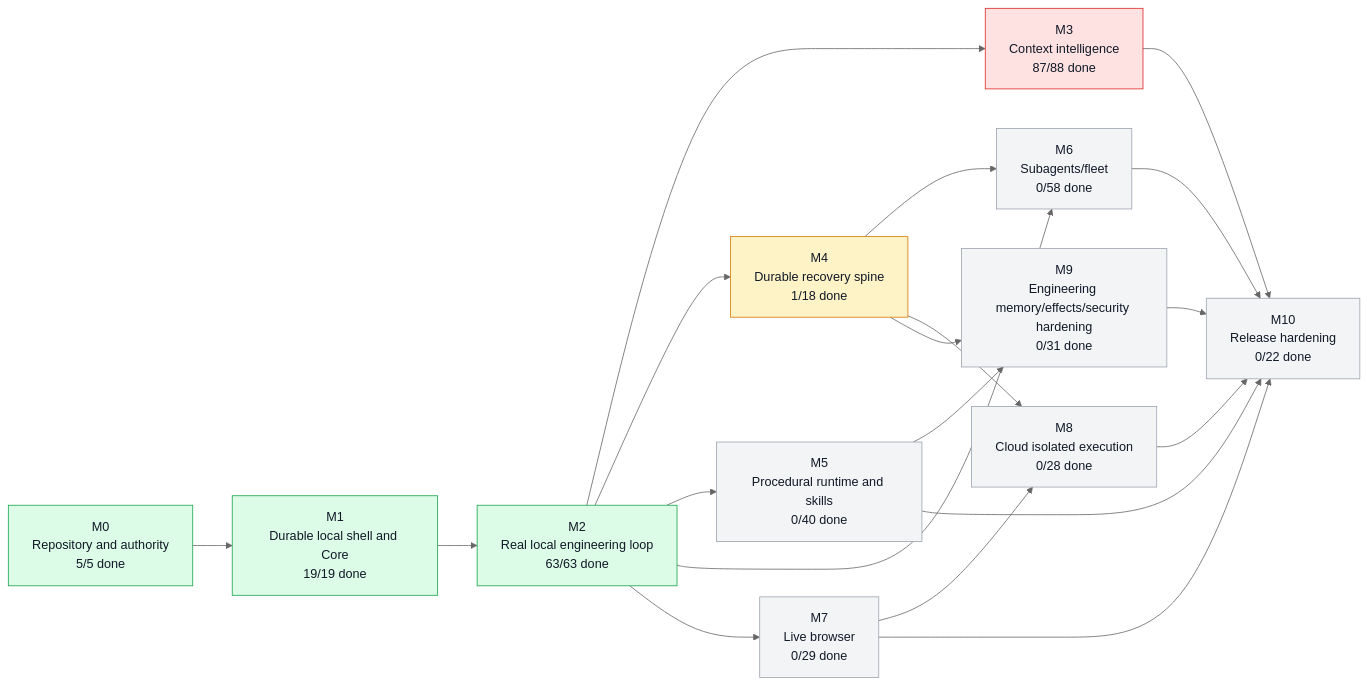
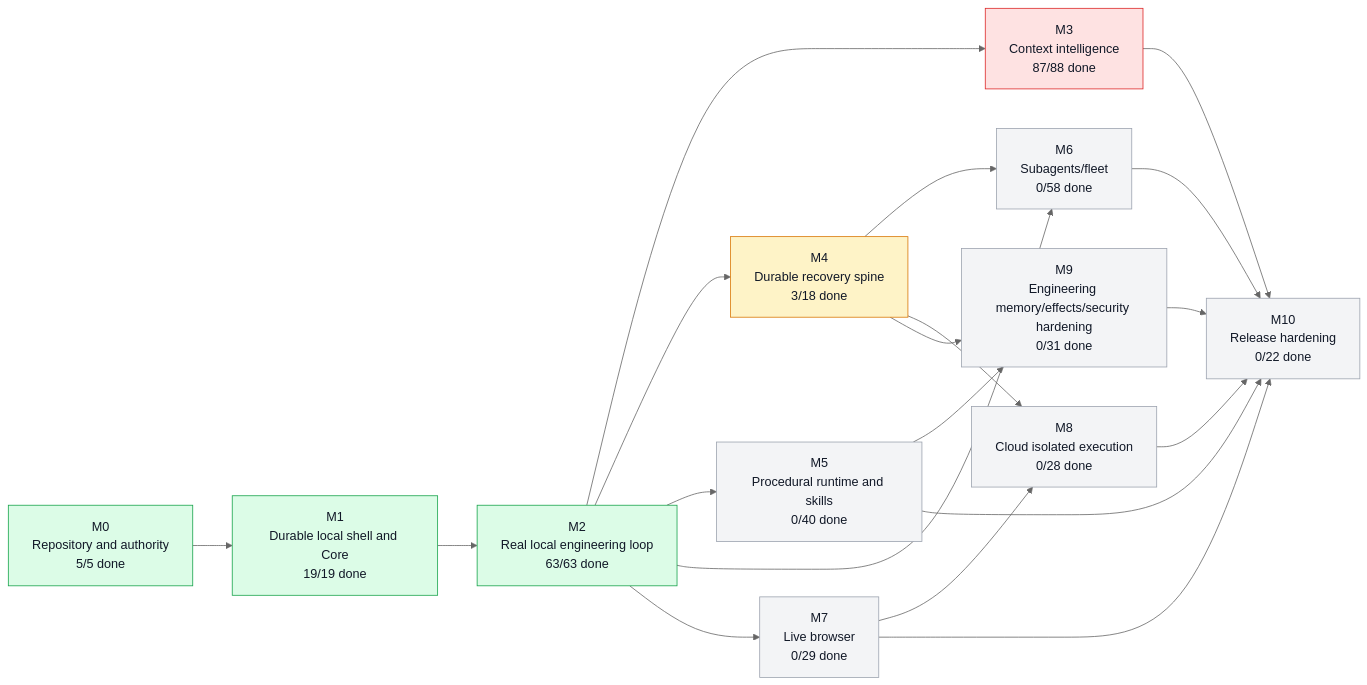
One commit to moss101/modbit changed the first of 5 diagrams in graph/PROJECT_GRAPH.md. Above: the diagram before and after it, drawn with Mermaid (neutral theme). The commit also changed other lines of this file and 26 other files, not shown here.

````diff
--- a/graph/PROJECT_GRAPH.md
+++ b/graph/PROJECT_GRAPH.md
@@ -57,43 +57,43 @@
 ```mermaid
 flowchart LR
   M0["M0<br/>Repository and authority<br/>5/5 done"]
   M1["M1<br/>Durable local shell and Core<br/>19/19 done"]
   M2["M2<br/>Real local engineering loop<br/>63/63 done"]
   M3["M3<br/>Context intelligence<br/>87/88 done"]
-  M4["M4<br/>Durable recovery spine<br/>1/18 done"]
+  M4["M4<br/>Durable recovery spine<br/>3/18 done"]
   M5["M5<br/>Procedural runtime and skills<br/>0/40 done"]
   M6["M6<br/>Subagents/fleet<br/>0/58 done"]
   M7["M7<br/>Live browser<br/>0/29 done"]
   M8["M8<br/>Cloud isolated execution<br/>0/28 done"]
   M9["M9<br/>Engineering memory/effects/security hardening<br/>0/31 done"]
   M10["M10<br/>Release hardening<br/>0/22 done"]
   M0 --> M1
   M1 --> M2
   M2 --> M3
   M2 --> M4
   M2 --> M5
   M2 --> M6
   M4 --> M6
   M2 --> M7
   M4 --> M8
   M7 --> M8
   M4 --> M9
   M5 --> M9
   M3 --> M10
   M5 --> M10
   M6 --> M10
   M7 --> M10
   M8 --> M10
   M9 --> M10
   style M0 fill:#dcfce7,stroke:#16a34a,color:#111827
   style M1 fill:#dcfce7,stroke:#16a34a,color:#111827
   style M2 fill:#dcfce7,stroke:#16a34a,color:#111827
   style M3 fill:#fee2e2,stroke:#dc2626,color:#111827
   style M4 fill:#fef3c7,stroke:#d97706,color:#111827
   style M5 fill:#f3f4f6,stroke:#9ca3af,color:#111827
   style M6 fill:#f3f4f6,stroke:#9ca3af,color:#111827
   style M7 fill:#f3f4f6,stroke:#9ca3af,color:#111827
   style M8 fill:#f3f4f6,stroke:#9ca3af,color:#111827
   style M9 fill:#f3f4f6,stroke:#9ca3af,color:#111827
   style M10 fill:#f3f4f6,stroke:#9ca3af,color:#111827
 ```
````
